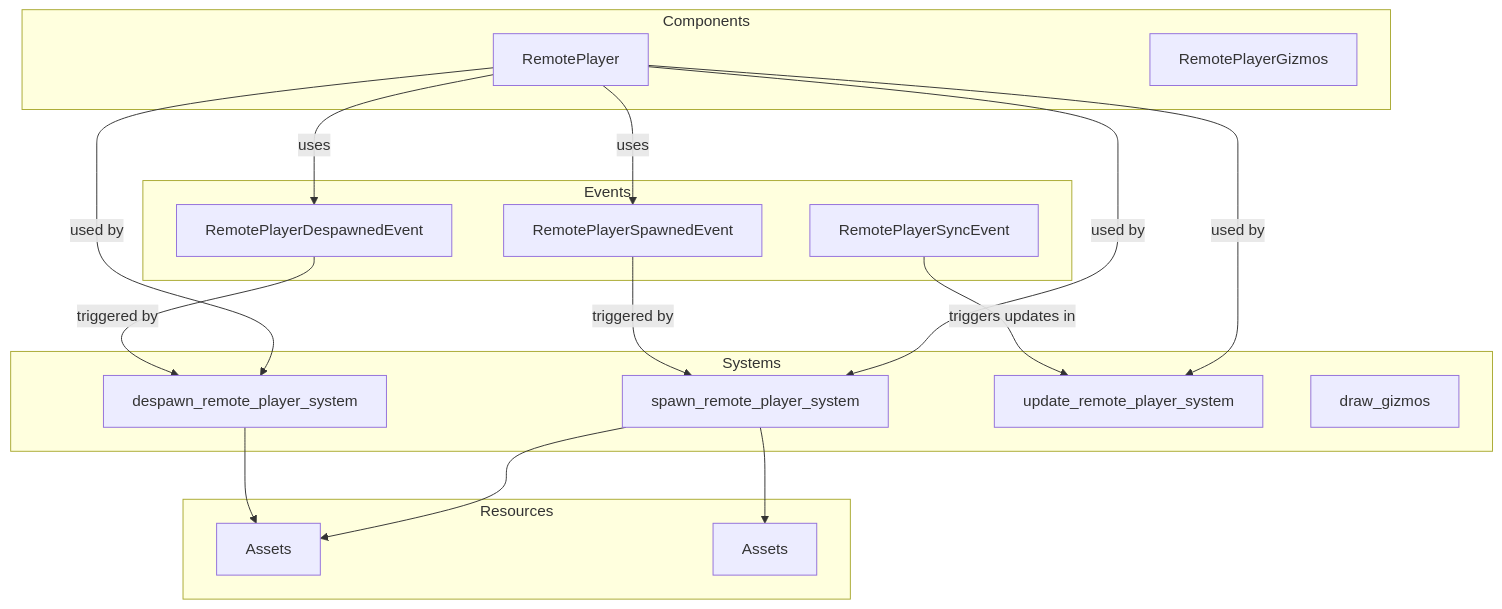
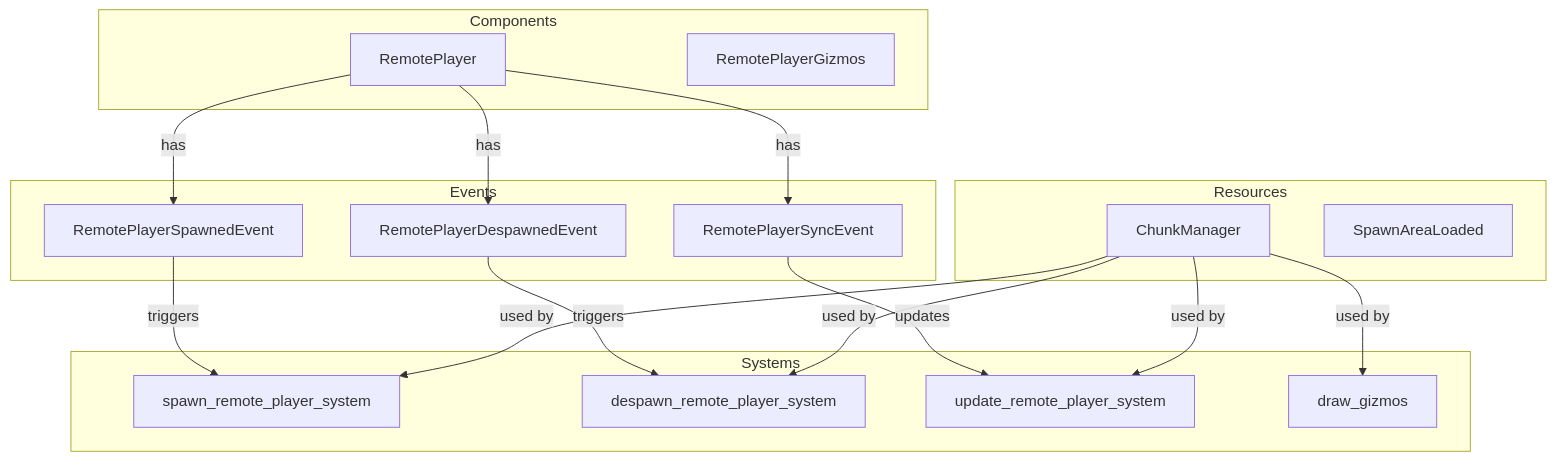
Before and after one commit to CuddlyBunion341/rsmc: the diagram in docs/client/remote_player.md, drawn with Mermaid. The commit also changed other lines of this file and 12 other files, not shown here.

````diff
--- a/docs/client/remote_player.md
+++ b/docs/client/remote_player.md
@@ -10,38 +9,36 @@
 ```mermaid
 graph TD
     subgraph Components
         A[RemotePlayer]
         B[RemotePlayerGizmos]
     end
 
     subgraph Events
         C[RemotePlayerSpawnedEvent]
         D[RemotePlayerDespawnedEvent]
         E[RemotePlayerSyncEvent]
     end
 
     subgraph Systems
         F[spawn_remote_player_system]
         G[despawn_remote_player_system]
         H[update_remote_player_system]
         I[draw_gizmos]
     end
 
     subgraph Resources
-        J[Assets<Mesh>]
-        K[Assets<StandardMaterial>]
+        J[ChunkManager]
+        K[SpawnAreaLoaded]
     end
 
-    A -->|uses| C
-    A -->|uses| D
-    A -->|used by| F
-    A -->|used by| G
-    A -->|used by| H
-    C -->|triggered by| F
-    D -->|triggered by| G
-    E -->|triggers updates in| H
-
-    F --> J
-    F --> K
-    G --> J
+    A -->|has| C
+    A -->|has| D
+    A -->|has| E
+    J -->|used by| F
+    J -->|used by| G
+    J -->|used by| H
+    J -->|used by| I
+    C -->|triggers| F
+    D -->|triggers| G
+    E -->|updates| H
 ```
````
